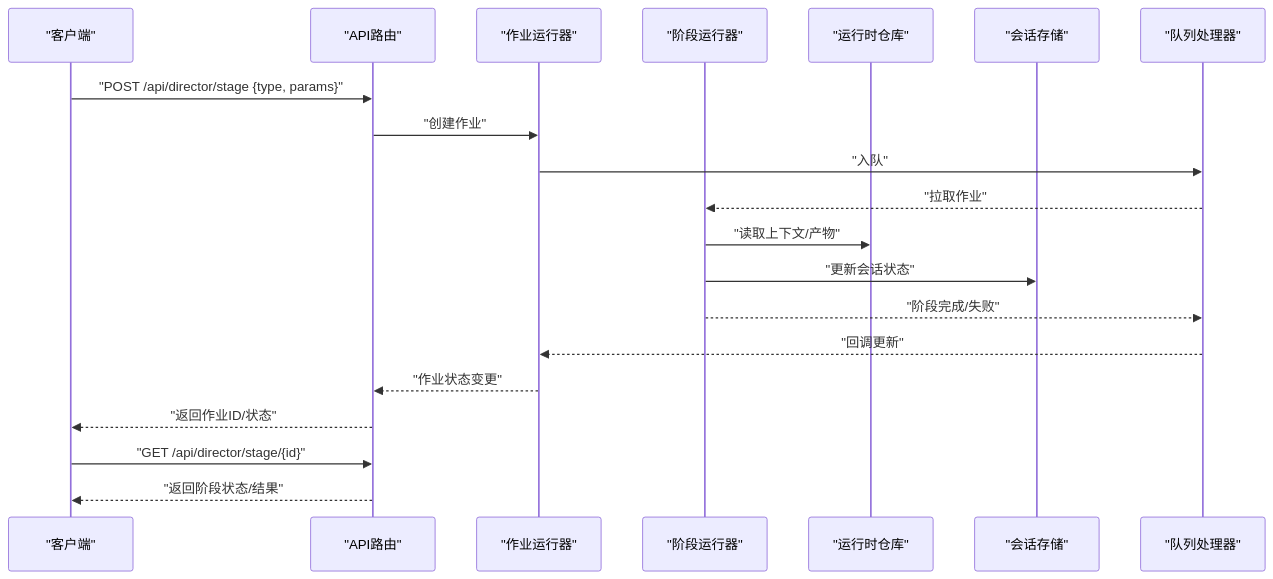
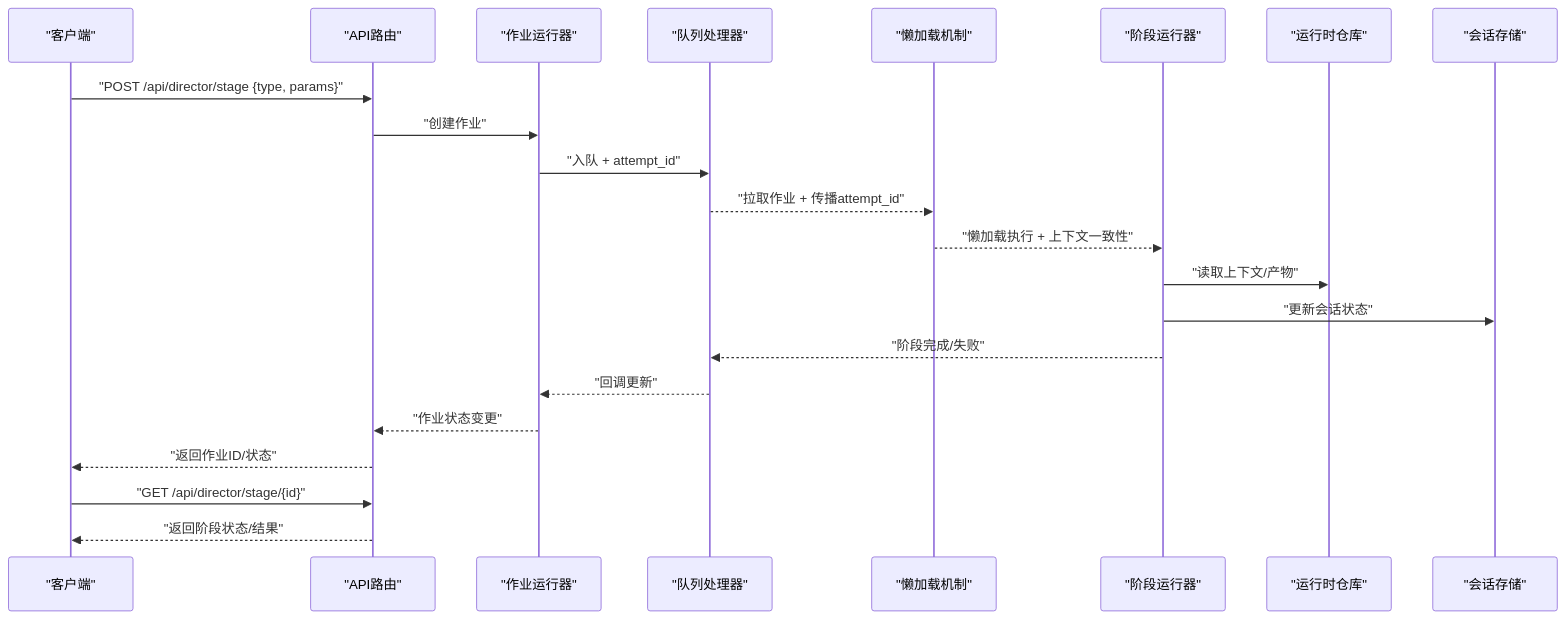
One commit to scottcwy/PurpleInk changed the second of 3 diagrams in .qoder/repowiki/zh/content/API参考/导演系统API/阶段执行API.md. Above: the diagram before and after it, drawn with Mermaid. The commit also changed other lines of this file and 109 other files, not shown here.

````diff
--- a/.qoder/repowiki/zh/content/API参考/导演系统API/阶段执行API.md
+++ b/.qoder/repowiki/zh/content/API参考/导演系统API/阶段执行API.md
@@ -128,22 +141,24 @@
 ```mermaid
 sequenceDiagram
 participant C as "客户端"
 participant API as "API路由"
 participant JR as "作业运行器"
+participant Q as "队列处理器"
+participant LL as "懒加载机制"
 participant SR as "阶段运行器"
 participant RR as "运行时仓库"
 participant SS as "会话存储"
-participant Q as "队列处理器"
 C->>API : "POST /api/director/stage {type, params}"
 API->>JR : "创建作业"
-JR->>Q : "入队"
-Q-->>SR : "拉取作业"
+JR->>Q : "入队 + attempt_id"
+Q-->>LL : "拉取作业 + 传播attempt_id"
+LL-->>SR : "懒加载执行 + 上下文一致性"
 SR->>RR : "读取上下文/产物"
 SR->>SS : "更新会话状态"
 SR-->>Q : "阶段完成/失败"
 Q-->>JR : "回调更新"
 JR-->>API : "作业状态变更"
 API-->>C : "返回作业ID/状态"
 C->>API : "GET /api/director/stage/{id}"
 API-->>C : "返回阶段状态/结果"
 ```
````
